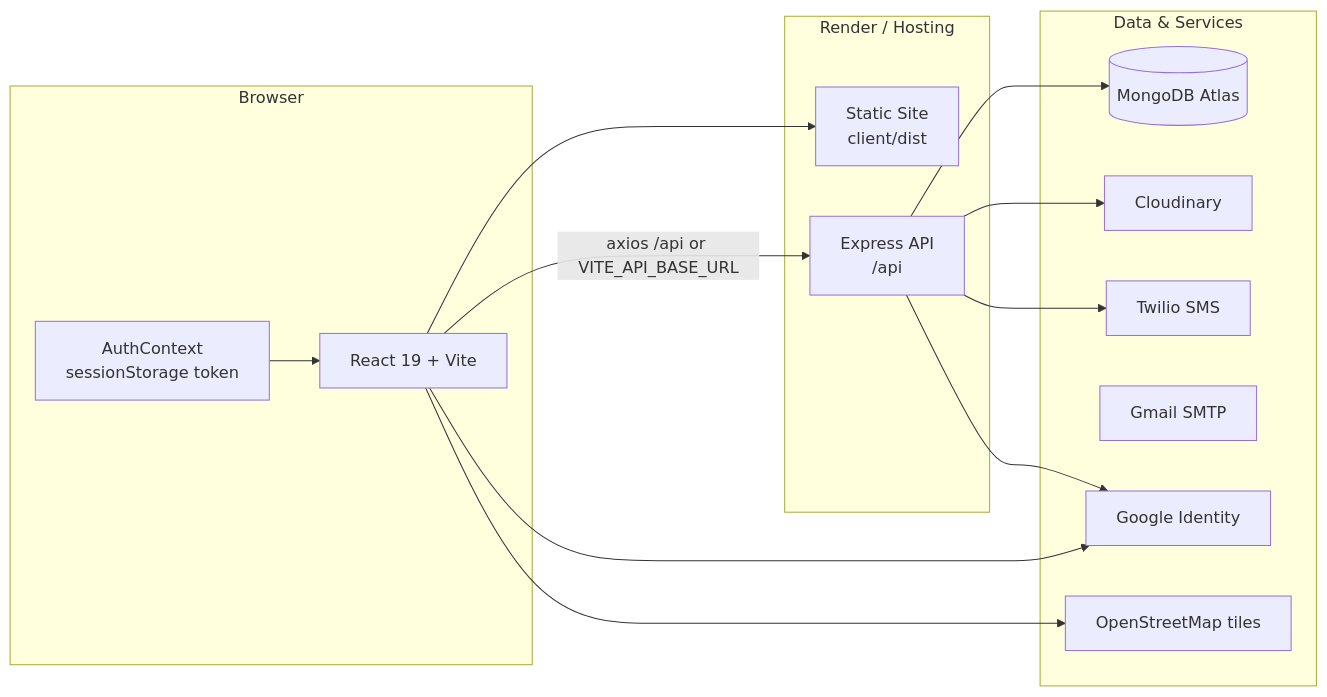
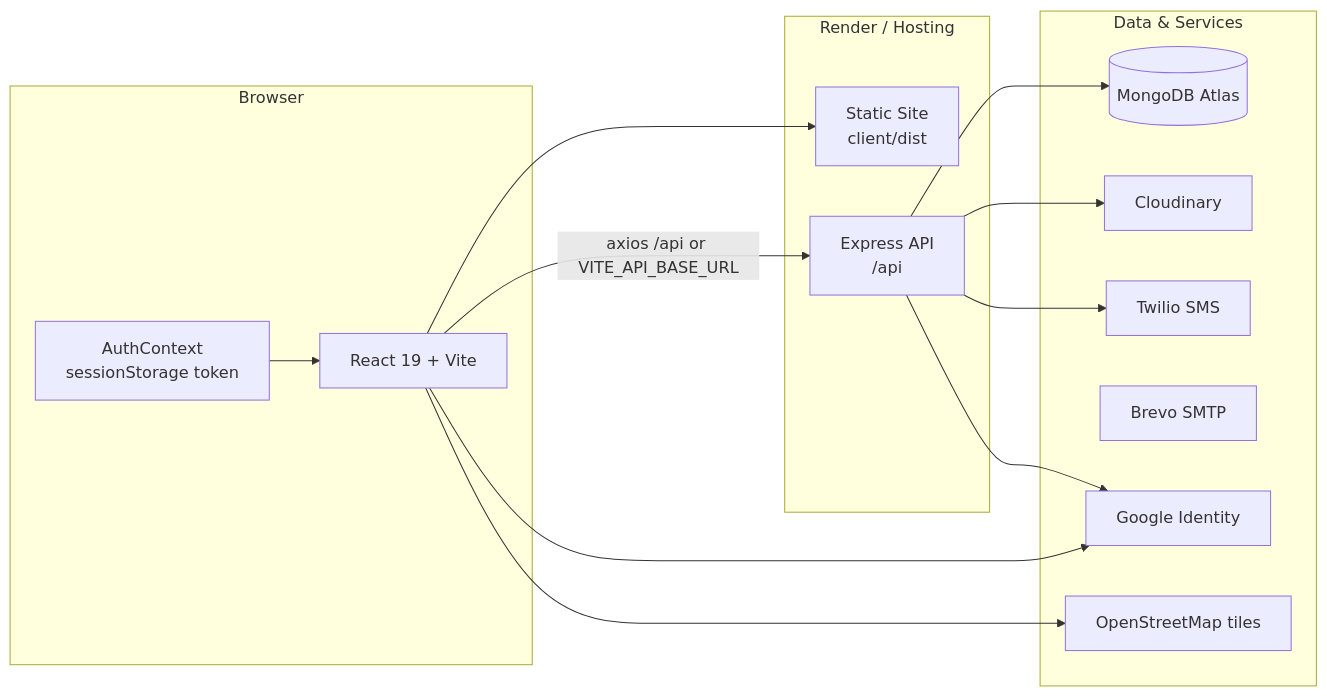
The first of 4 diagrams in C and S/PROJECT_DOCUMENTATION.md (NishanthPechimuthu/Foodlink), drawn with Mermaid before and after one commit. The commit also changed other lines of this file and 8 other files, not shown here.

Commit message:
Use Brevo SMTP as the only email provider

````diff
--- a/C and S/PROJECT_DOCUMENTATION.md
+++ b/C and S/PROJECT_DOCUMENTATION.md
@@ -198,31 +198,31 @@
 ```mermaid
 flowchart LR
     subgraph Browser
         UI[React 19 + Vite]
         CTX[AuthContext<br/>sessionStorage token]
     end
 
     subgraph Render / Hosting
         STATIC[Static Site<br/>client/dist]
         API[Express API<br/>/api]
     end
 
     subgraph Data & Services
         DB[(MongoDB Atlas)]
         CL[Cloudinary]
         SMS[Twilio SMS]
-        MAIL[Gmail SMTP]
+        MAIL[Brevo SMTP]
         GOOG[Google Identity]
         OSM[OpenStreetMap tiles]
     end
 
     UI --> STATIC
     UI -->|axios /api or VITE_API_BASE_URL| API
     CTX --> UI
     API --> DB
     API --> CL
     API --> SMS
     UI --> GOOG
     API --> GOOG
     UI --> OSM
 ```
````
